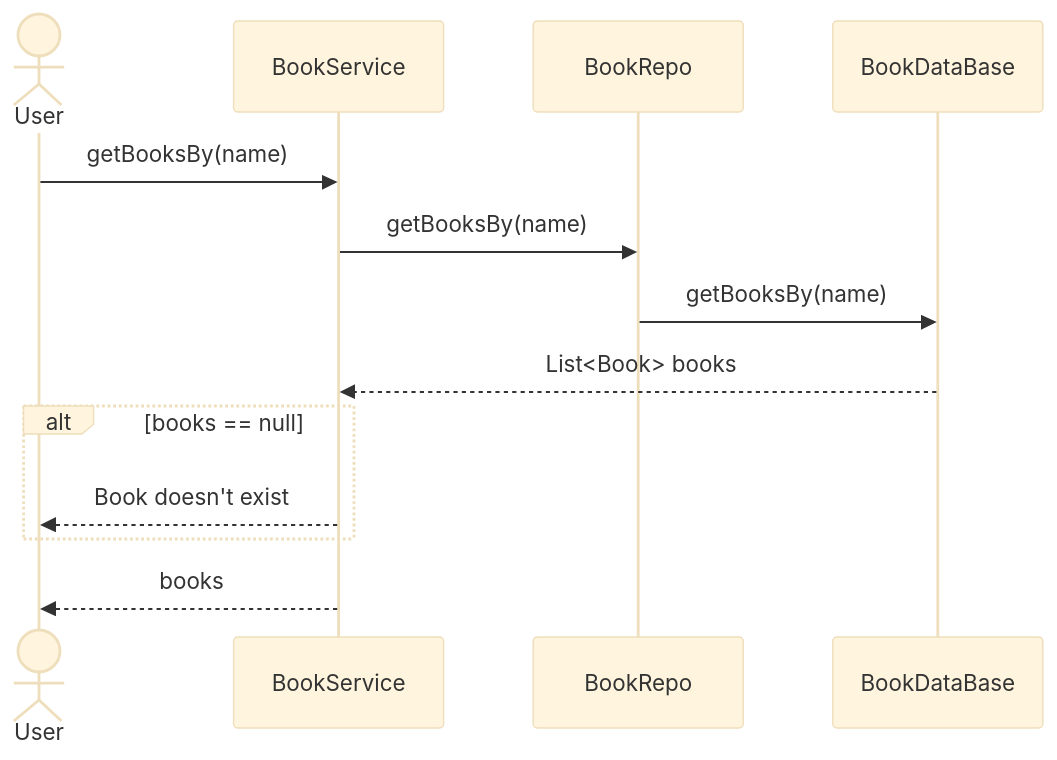
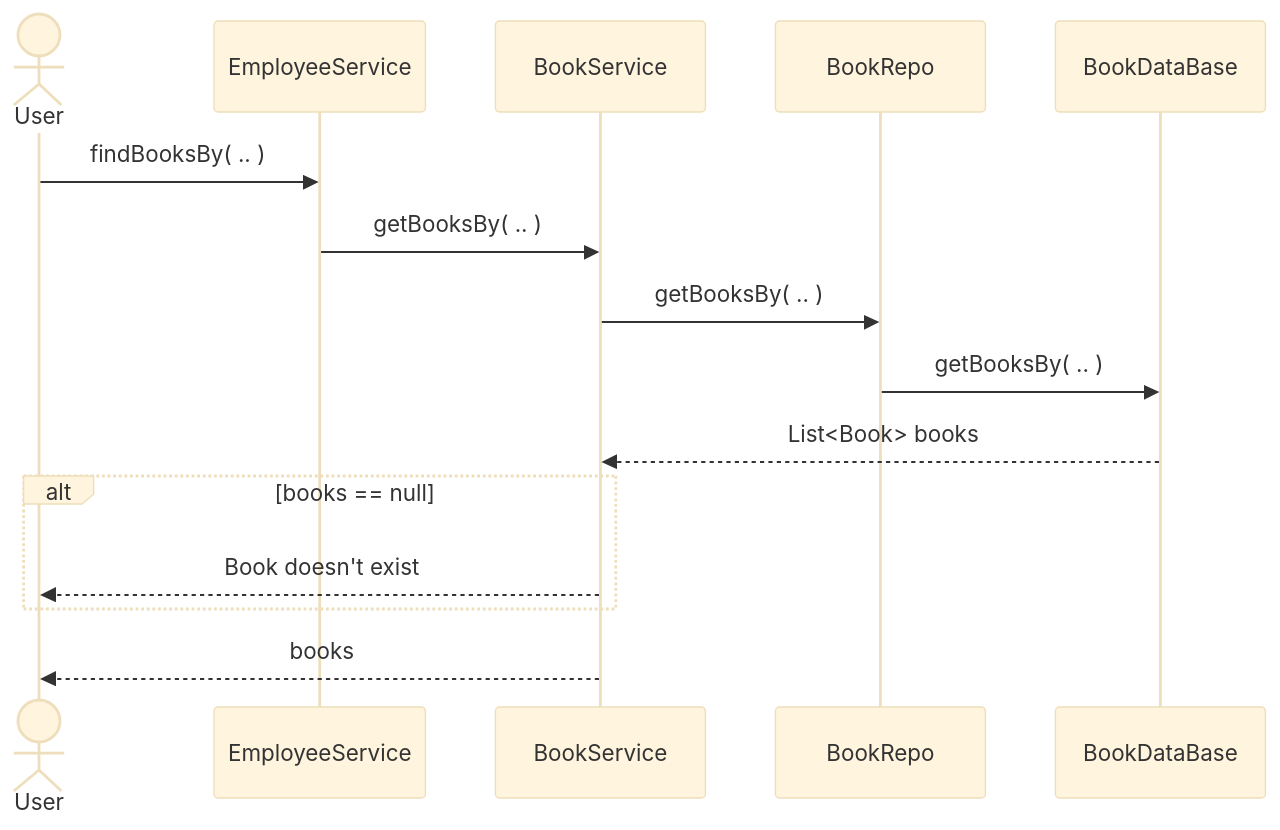
One commit to Apameus/Bookly changed the fourth of 10 diagrams in docs/high_level_architecture.md. Above: the diagram before and after it, drawn with Mermaid (base theme). The commit also changed other lines of this file, not shown here.

Commit message:
high_level_architecture.md  BETA

````diff
--- a/docs/high_level_architecture.md
+++ b/docs/high_level_architecture.md
@@ -33,15 +43,17 @@
 ```mermaid
 sequenceDiagram
     actor U as User
+    participant ES as EmployeeService
     participant BS as BookService
     participant BR as BookRepo
     participant DB as BookDataBase
-    U ->> BS: getBooksBy(name)
-    BS ->> BR: getBooksBy(name)
-    BR ->> DB: getBooksBy(name)
-    DB -->> BS: List<Book>  books
+    U ->> ES: findBooksBy( .. )
+    ES ->> BS: getBooksBy( .. )
+    BS ->> BR: getBooksBy( .. )
+    BR ->> DB: getBooksBy( .. )
+    DB -->> BS: List<Book> books
     alt books == null
         BS -->> U: Book doesn't exist
     end
     BS -->> U: books
 ```
````
